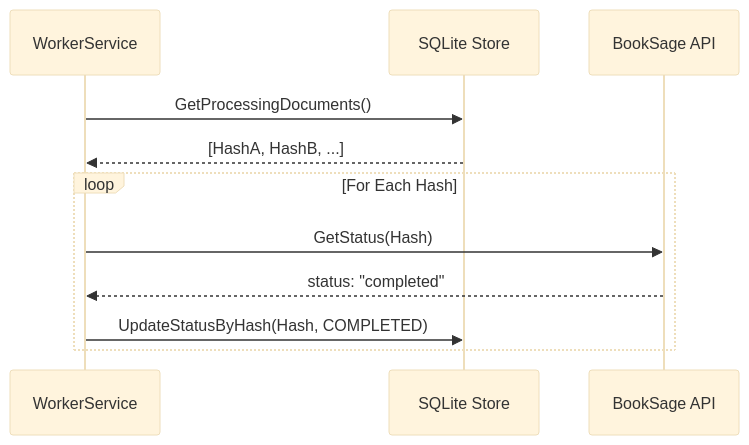
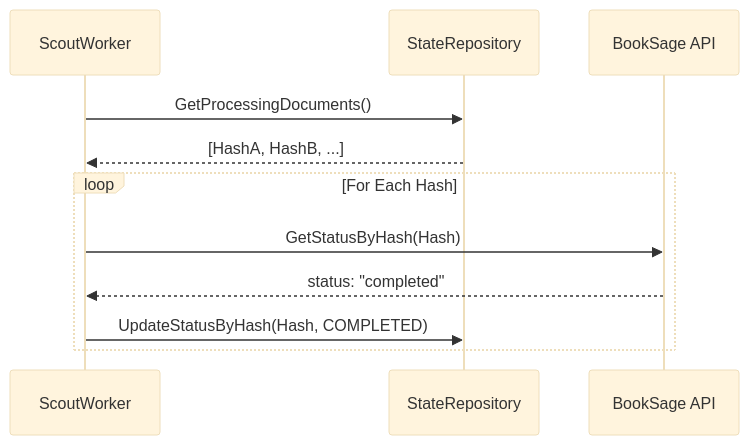
One commit to tamara1031/booksage changed the third of 4 diagrams in bookscout/ARCHITECTURE.md. Above: the diagram before and after it, drawn with Mermaid (base theme). The commit also changed other lines of this file and 2 other files, not shown here.

Commit message:
feat: Refactor BookScout to a layered (DDD) architecture with renamed components, update environment variables, and expand BookSage worker documentation.

````diff
--- a/bookscout/ARCHITECTURE.md
+++ b/bookscout/ARCHITECTURE.md
@@ -111,14 +129,14 @@
 ```mermaid
 sequenceDiagram
-    participant W as WorkerService
-    participant S as SQLite Store
+    participant W as ScoutWorker
+    participant S as StateRepository
     participant B as BookSage API
 
     W->>S: GetProcessingDocuments()
     S-->>W: [HashA, HashB, ...]
     loop For Each Hash
-        W->>B: GetStatus(Hash)
+        W->>B: GetStatusByHash(Hash)
         B-->>W: status: "completed"
         W->>S: UpdateStatusByHash(Hash, COMPLETED)
     end
 ```
````
